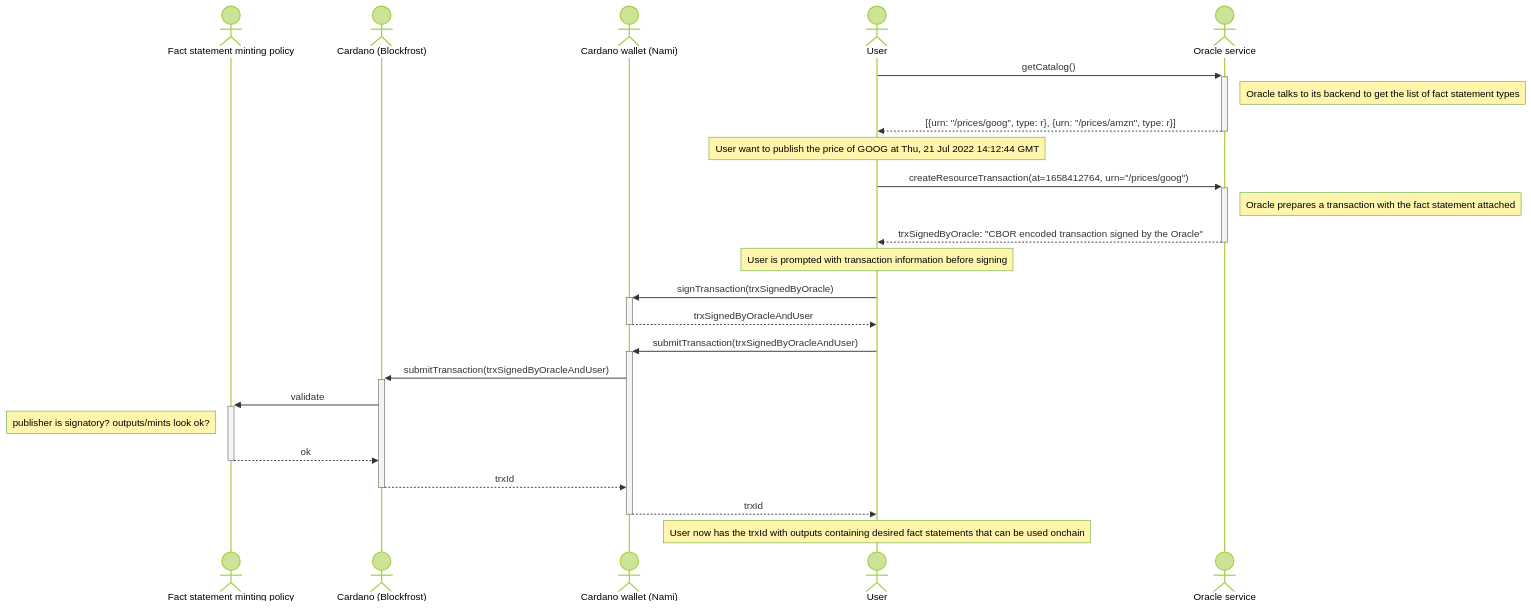
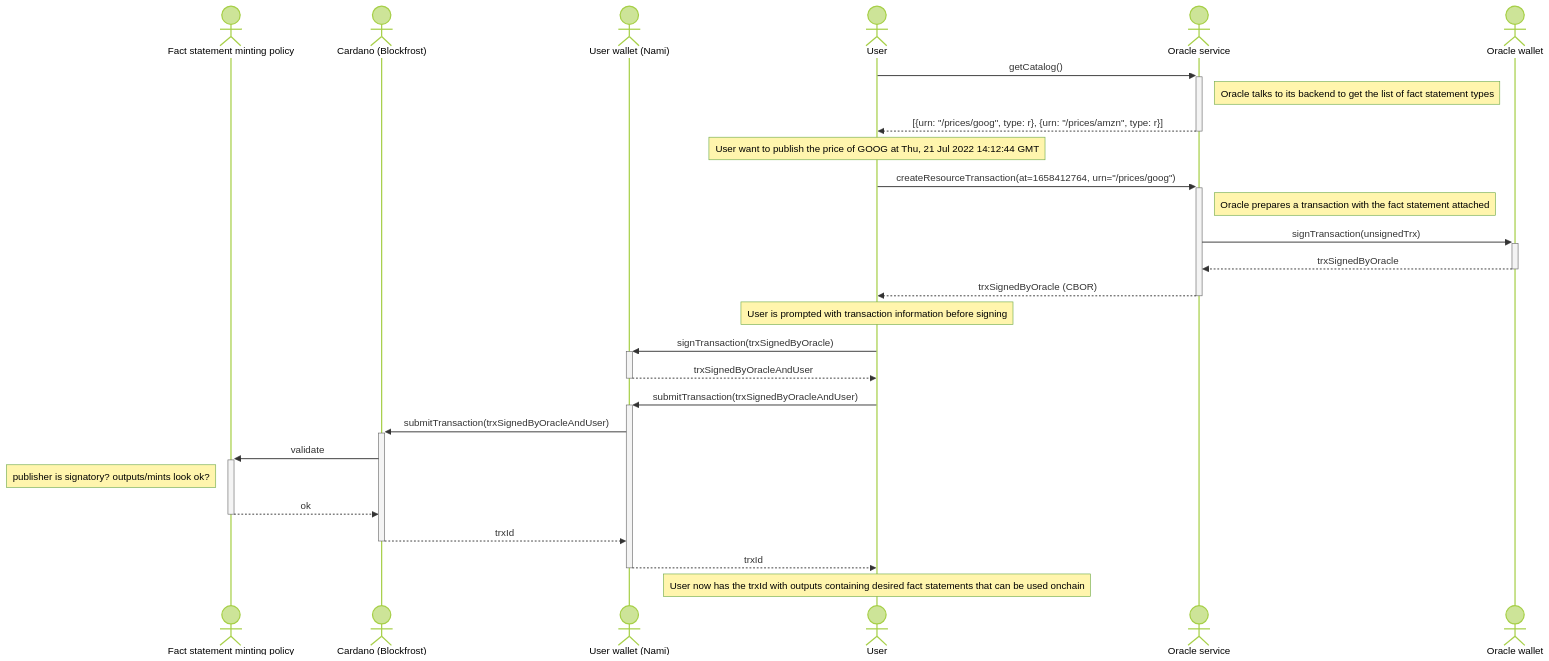
Before and after one commit to mlabs-haskell/cardano-open-oracle-protocol: the diagram in docs/interactions/00-publish-a-fact-statement.md, drawn with Mermaid (forest theme).

Commit message:
Added oracleWallet

````diff
--- a/docs/interactions/00-publish-a-fact-statement.md
+++ b/docs/interactions/00-publish-a-fact-statement.md
@@ -3,30 +3,33 @@
 ```mermaid
 sequenceDiagram
   actor resourceMp as Fact statement minting policy
   actor cardano as Cardano (Blockfrost)
-  actor wallet as Cardano wallet (Nami)
+  actor userWallet as User wallet (Nami)
   actor user as User
   actor oracle as Oracle service
+  actor oracleWallet as Oracle wallet
 
   user ->>+ oracle: getCatalog()
   note right of oracle: Oracle talks to its backend to get the list of fact statement types
   oracle -->>- user: [{urn: "/prices/goog", type: r}, {urn: "/prices/amzn", type: r}]
     
   note over user: User want to publish the price of GOOG at Thu, 21 Jul 2022 14:12:44 GMT
   user ->>+ oracle: createResourceTransaction(at=1658412764, urn="/prices/goog")
   note right of oracle: Oracle prepares a transaction with the fact statement attached
-  oracle -->>- user: trxSignedByOracle: "CBOR encoded transaction signed by the Oracle"
+  oracle ->>+ oracleWallet: signTransaction(unsignedTrx)
+  oracleWallet -->>- oracle: trxSignedByOracle
+  oracle -->>- user: trxSignedByOracle (CBOR)
   
   note over user: User is prompted with transaction information before signing
-  user ->>+ wallet: signTransaction(trxSignedByOracle)
-  wallet -->>- user: trxSignedByOracleAndUser
+  user ->>+ userWallet: signTransaction(trxSignedByOracle)
+  userWallet -->>- user: trxSignedByOracleAndUser
 
-  user ->>+ wallet: submitTransaction(trxSignedByOracleAndUser)
-  wallet ->>+ cardano: submitTransaction(trxSignedByOracleAndUser)
+  user ->>+ userWallet: submitTransaction(trxSignedByOracleAndUser)
+  userWallet ->>+ cardano: submitTransaction(trxSignedByOracleAndUser)
   cardano ->>+ resourceMp: validate
   note left of resourceMp: publisher is signatory? outputs/mints look ok?
   resourceMp -->>- cardano: ok
-  cardano -->>- wallet: trxId
-  wallet -->>- user: trxId
+  cardano -->>- userWallet: trxId
+  userWallet -->>- user: trxId
   note over user: User now has the trxId with outputs containing desired fact statements that can be used onchain
 ```
````
